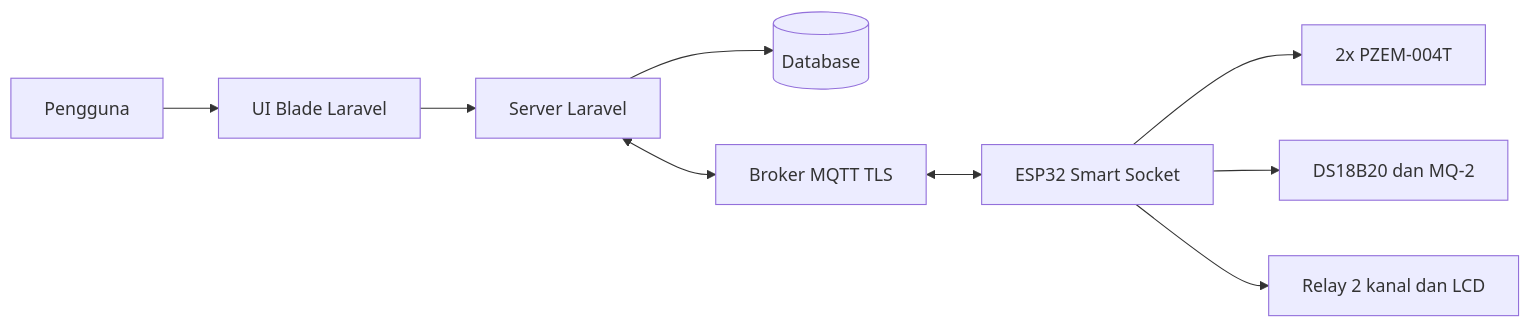
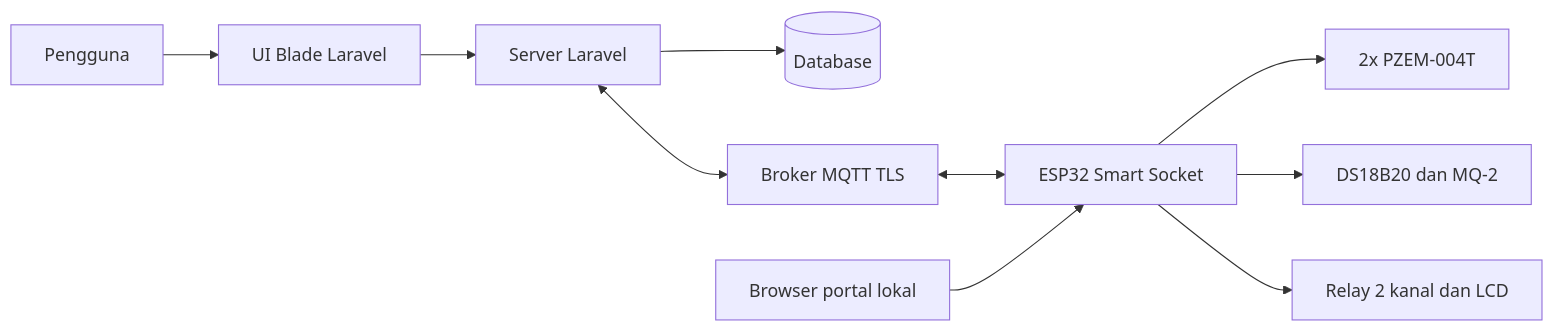
The diagram in docs/diagram/arsitektur.mmd (rasiharunart1/smartsocketlaravel), drawn with Mermaid before and after one commit. The commit also changed 16 other files, not shown here.

```diff
--- a/docs/diagram/arsitektur.mmd
+++ b/docs/diagram/arsitektur.mmd
@@ -1,9 +1,10 @@
 flowchart LR
   U[Pengguna] --> UI[UI Blade Laravel]
   UI --> WEB[Server Laravel]
   WEB --> DB[(Database)]
   WEB <--> BROKER[Broker MQTT TLS]
   BROKER <--> ESP[ESP32 Smart Socket]
+  P[Browser portal lokal] --> ESP
   ESP --> PZEM[2x PZEM-004T]
   ESP --> ENV[DS18B20 dan MQ-2]
   ESP --> RELAY[Relay 2 kanal dan LCD]
```
